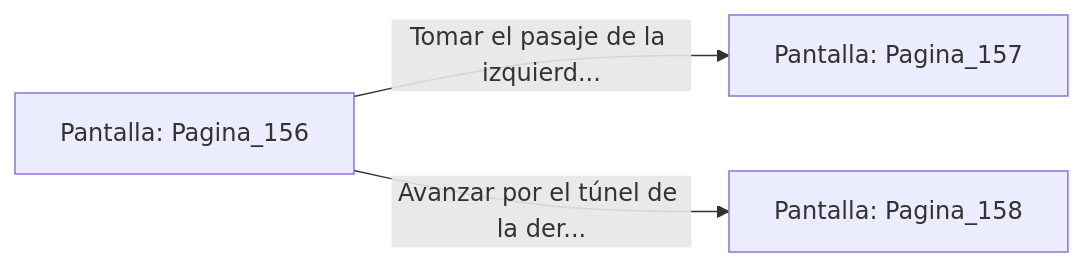
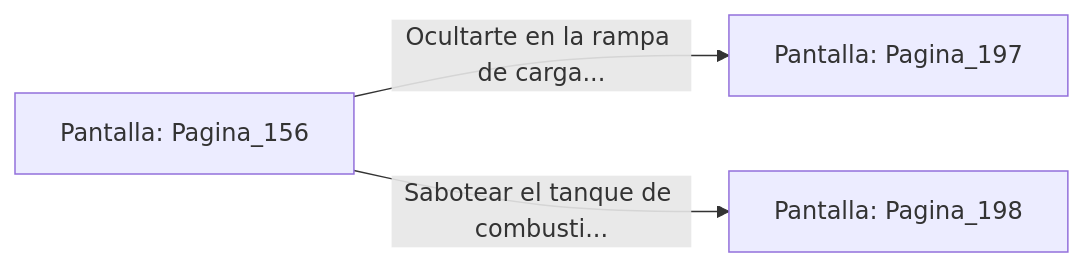
One commit to metsuke/mpl changed the diagram in sample/eligejuego-vault/Pantalla_Pagina_156.md. Above: the diagram before and after it, drawn with Mermaid. The commit also changed other lines of this file and 635 other files, not shown here.

First line of the commit message:
fix: añadir Pagina_1 como pantalla inicial en capitulo_01.mpl

````diff
--- a/sample/eligejuego-vault/Pantalla_Pagina_156.md
+++ b/sample/eligejuego-vault/Pantalla_Pagina_156.md
@@ -20,6 +22,6 @@
 ```mermaid
 graph LR
     P_Pagina_156["Pantalla: Pagina_156"]
-    P_Pagina_156 -->|"Tomar el pasaje de la izquierd..."| P_Pagina_157["Pantalla: Pagina_157"]
-    P_Pagina_156 -->|"Avanzar por el túnel de la der..."| P_Pagina_158["Pantalla: Pagina_158"]
+    P_Pagina_156 -->|"Ocultarte en la rampa de carga..."| P_Pagina_197["Pantalla: Pagina_197"]
+    P_Pagina_156 -->|"Sabotear el tanque de combusti..."| P_Pagina_198["Pantalla: Pagina_198"]
 ```
````
